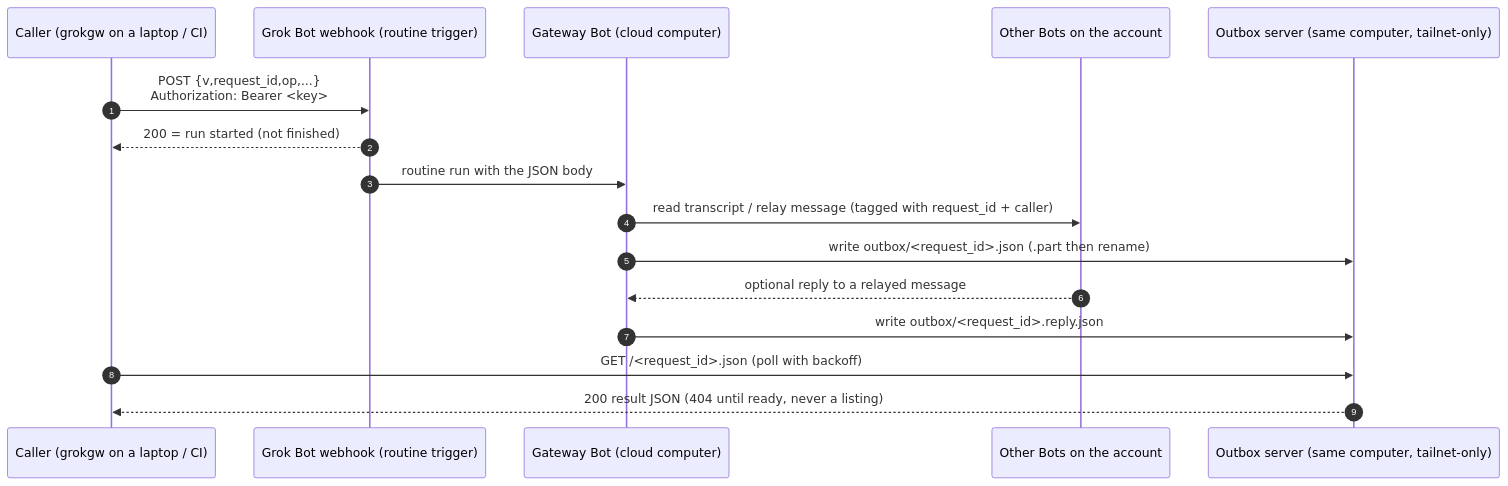
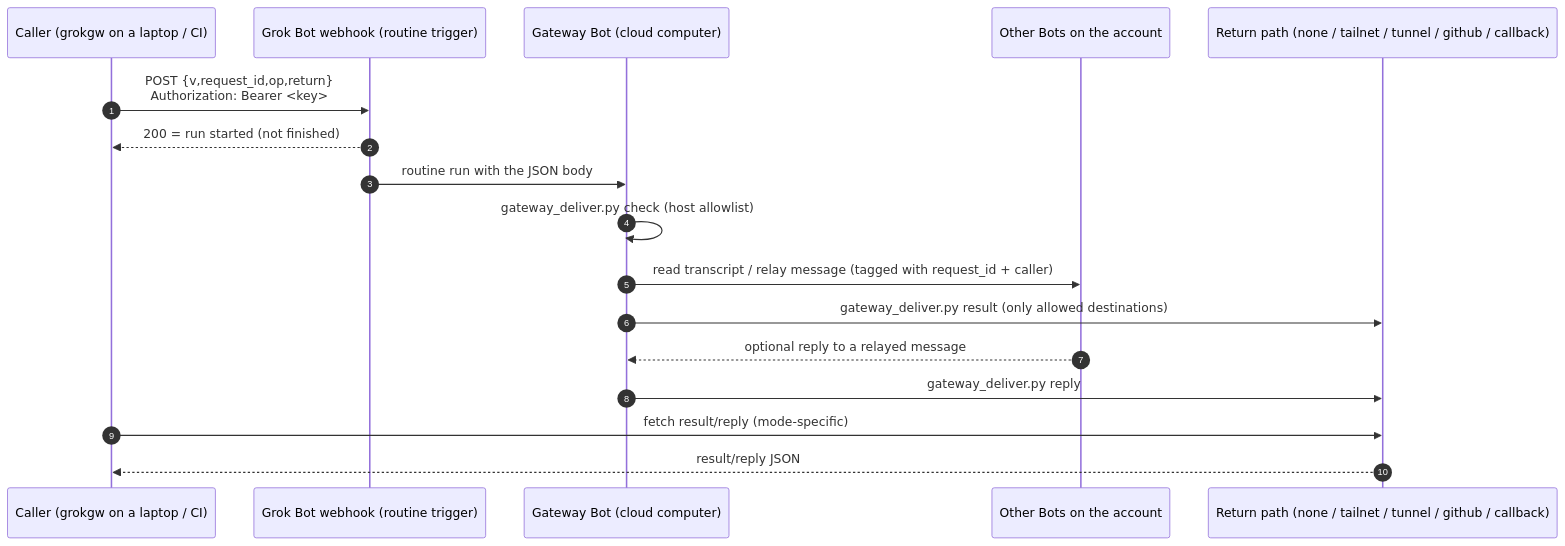
One commit to dimpurr/grok-bot-gateway changed the diagram in SKILL.md. Above: the diagram before and after it, drawn with Mermaid. The commit also changed other lines of this file, not shown here.

First line of the commit message:
grok-bot-gateway: SKILL.md v0.3.0 and README positioning

````diff
--- a/SKILL.md
+++ b/SKILL.md
@@ -255,18 +303,19 @@
 ```mermaid
 sequenceDiagram
     autonumber
     participant C as Caller (grokgw on a laptop / CI)
     participant W as Grok Bot webhook (routine trigger)
     participant G as Gateway Bot (cloud computer)
     participant A as Other Bots on the account
-    participant O as Outbox server (same computer, tailnet-only)
-    C->>W: POST {v,request_id,op,...}<br/>Authorization: Bearer <key>
+    participant R as Return path (none / tailnet / tunnel / github / callback)
+    C->>W: POST {v,request_id,op,return}<br/>Authorization: Bearer <key>
     W-->>C: 200 = run started (not finished)
     W->>G: routine run with the JSON body
+    G->>G: gateway_deliver.py check (host allowlist)
     G->>A: read transcript / relay message (tagged with request_id + caller)
-    G->>O: write outbox/<request_id>.json (.part then rename)
+    G->>R: gateway_deliver.py result (only allowed destinations)
     A-->>G: optional reply to a relayed message
-    G->>O: write outbox/<request_id>.reply.json
-    C->>O: GET /<request_id>.json (poll with backoff)
-    O-->>C: 200 result JSON (404 until ready, never a listing)
+    G->>R: gateway_deliver.py reply
+    C->>R: fetch result/reply (mode-specific)
+    R-->>C: result/reply JSON
 ```
````
